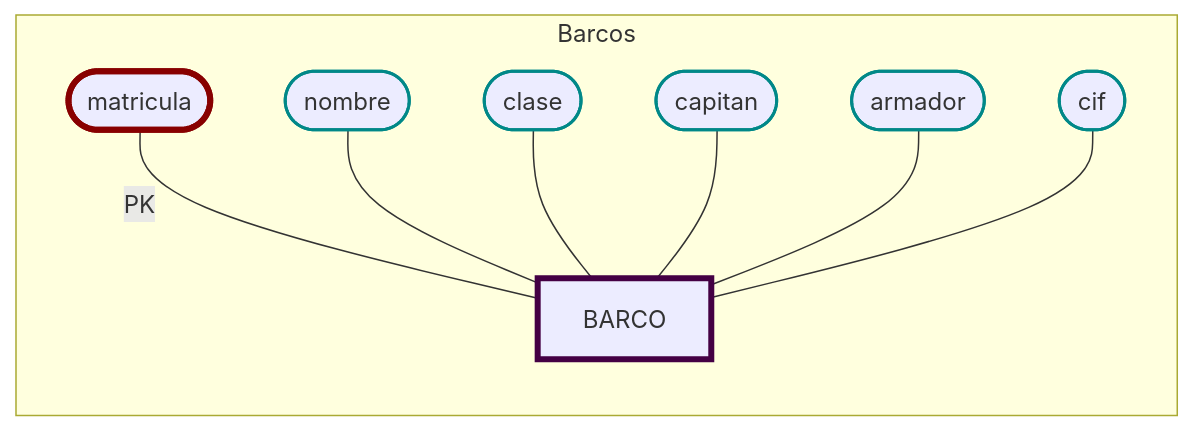
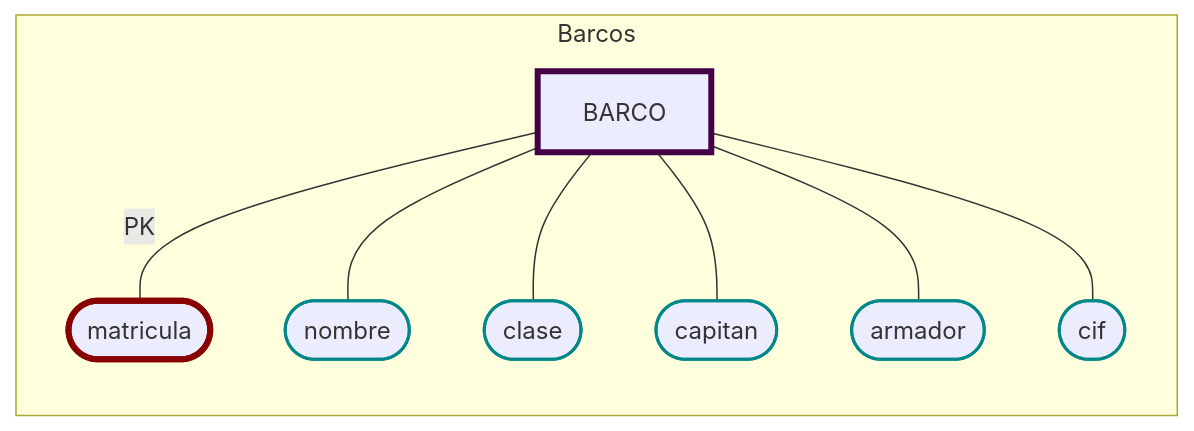
The third of 13 diagrams in DataBases/lonja_DB.md (JulTob/Data), drawn with Mermaid before and after one commit. The commit also changed other lines of this file, not shown here.

````diff
--- a/DataBases/lonja_DB.md
+++ b/DataBases/lonja_DB.md
@@ -122,17 +126,17 @@
 ```mermaid
 flowchart LR   
   classDef atributo stroke:#088,stroke-width:2px;
   classDef pk stroke:#800,stroke-width:4px;
   classDef entidad stroke:#404,stroke-width:4px;
 
   %% Atributos BARCO
   subgraph Barcos
   Barco[BARCO]:::entidad
-  matricula([matricula]):::pk ---|PK| Barco
-  nombre([nombre]):::atributo --- Barco
-  clase([clase]):::atributo --- Barco
-  capitan([capitan]):::atributo --- Barco
-  armador([armador]):::atributo --- Barco
-  cif([cif]):::atributo --- Barco
+  Barco ---|PK| matricula([matricula]):::pk  
+  Barco ---nombre([nombre]):::atributo  
+  Barco ---clase([clase]):::atributo  
+  Barco ---capitan([capitan]):::atributo 
+  Barco ---armador([armador]):::atributo 
+  Barco ---cif([cif]):::atributo 
   end
 ```
````
